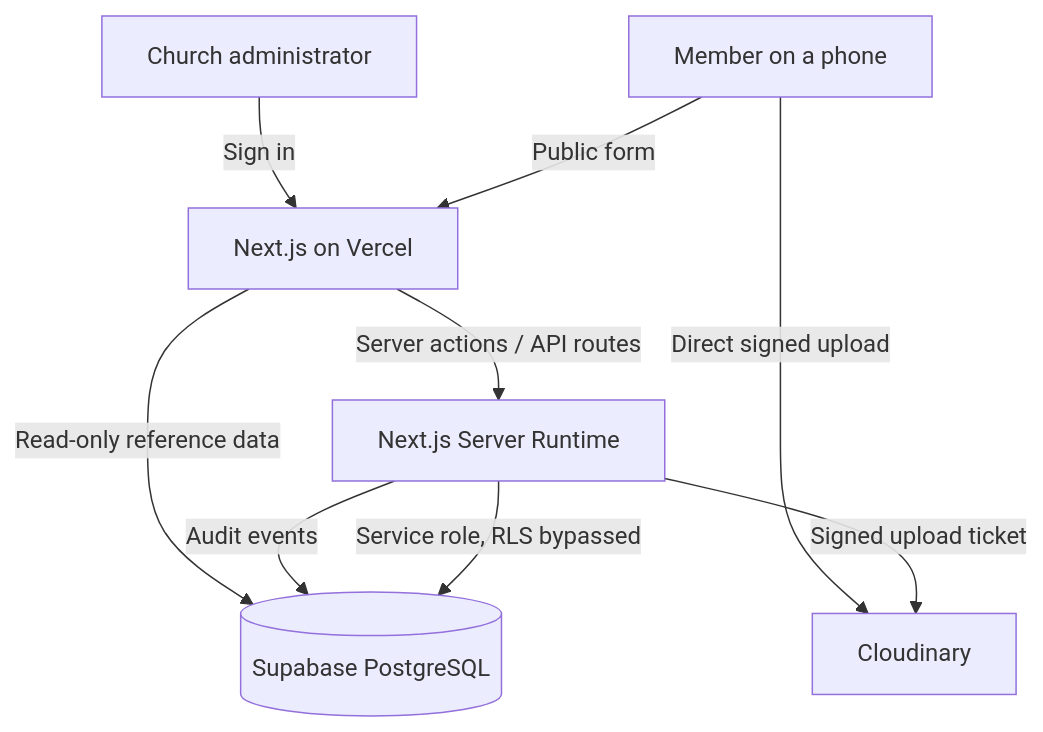
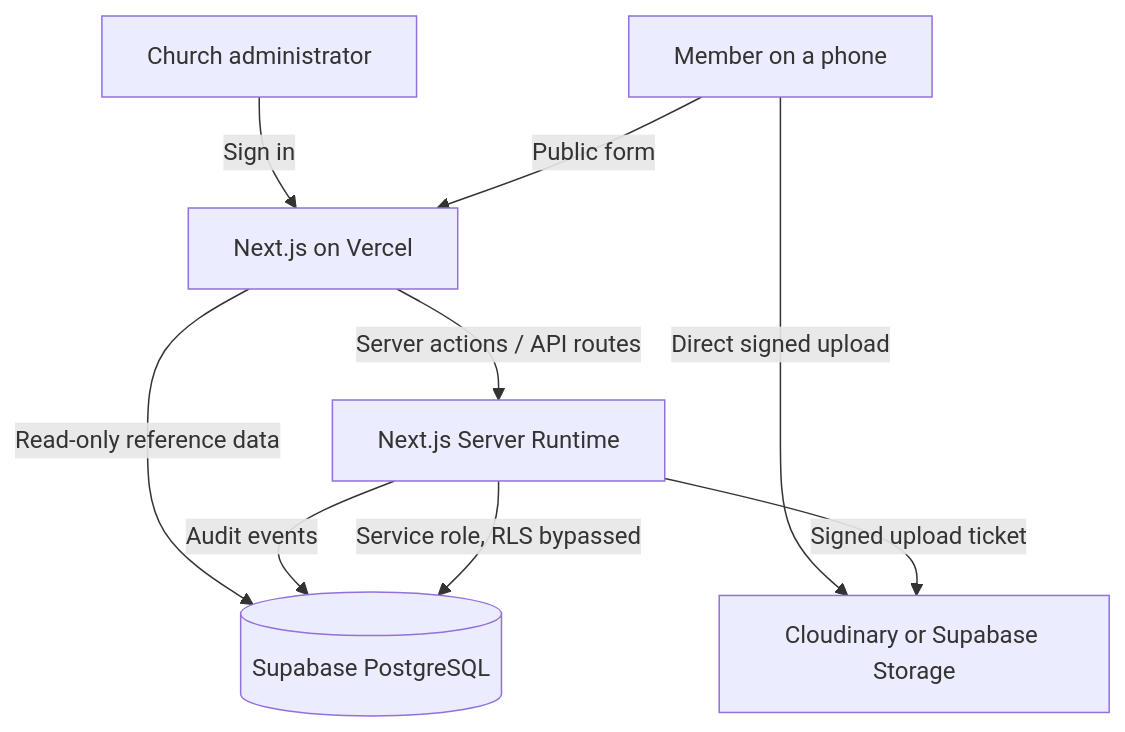
Before and after one commit to opeyemitechpro/lfc-bio-data-form: the first of 2 diagrams in README.md, drawn with Mermaid. The commit also changed other lines of this file and 17 other files, not shown here.

First line of the commit message:
feat: integrate Supabase Storage for image uploads as an alternative to Cloudinary

````diff
--- a/README.md
+++ b/README.md
@@ -74,11 +74,11 @@
 ```mermaid
 graph TD
     Visitor[Member on a phone] -->|Public form| Public[Next.js on Vercel]
     Staff[Church administrator] -->|Sign in| Public
     Public -->|Server actions / API routes| Server[Next.js Server Runtime]
     Server -->|Service role, RLS bypassed| DB[(Supabase PostgreSQL)]
-    Server -->|Signed upload ticket| Cloud[Cloudinary]
+    Server -->|Signed upload ticket| Cloud[Cloudinary or Supabase Storage]
     Visitor -->|Direct signed upload| Cloud
     Server -->|Audit events| DB
     Public -->|Read-only reference data| DB
 ```
````
